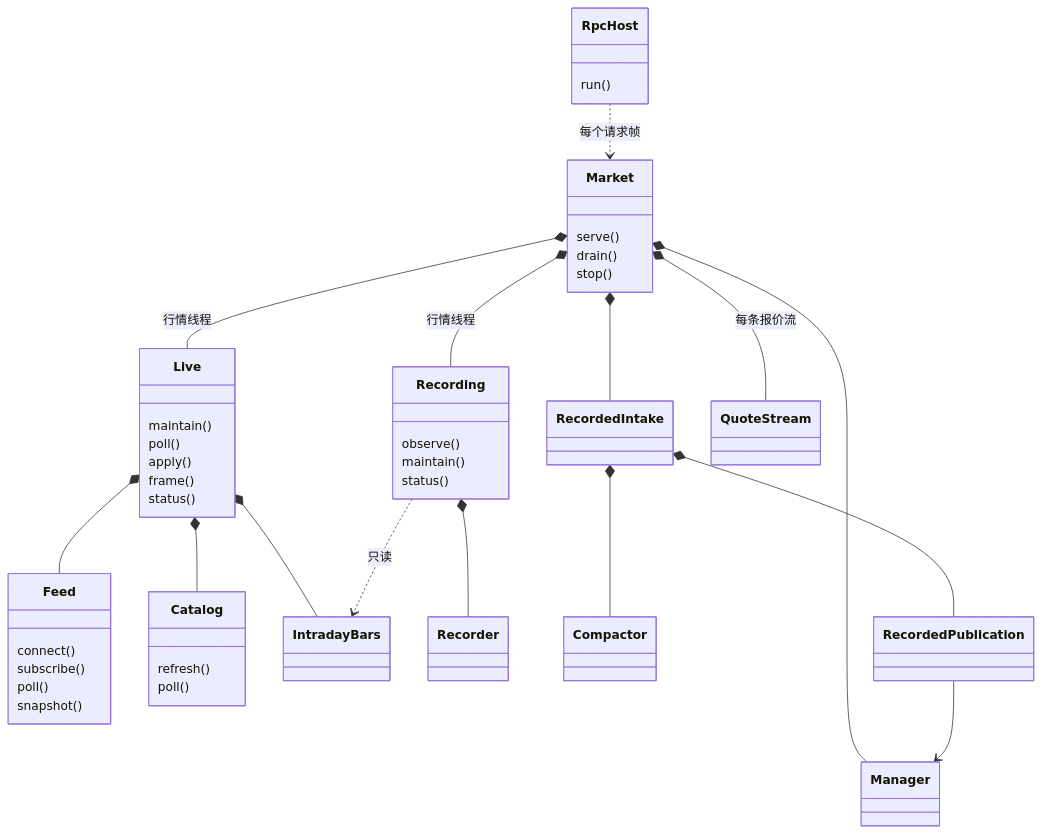
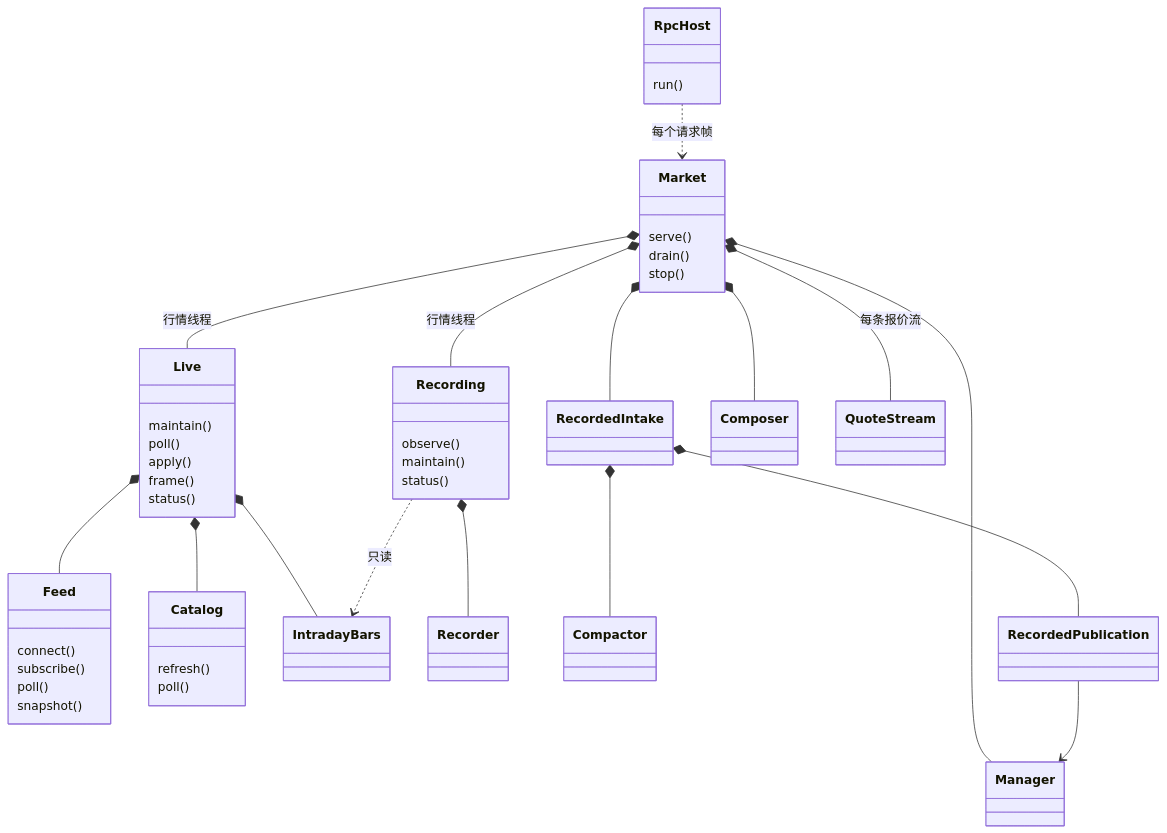
The second of 5 diagrams in docs/market/architecture.md (isqiwen/asterion-terminal), drawn with Mermaid before and after one commit. The commit also changed other lines of this file and 12 other files, not shown here.

````diff
--- a/docs/market/architecture.md
+++ b/docs/market/architecture.md
@@ -40,54 +40,56 @@
 ```mermaid
 classDiagram
     class RpcHost {
         run()
     }
     class Market {
         serve()
         drain()
         stop()
     }
     class Live {
         maintain()
         poll()
         apply()
         frame()
         status()
     }
     class Recording {
         observe()
         maintain()
         status()
     }
     class Feed {
         connect()
         subscribe()
         poll()
         snapshot()
     }
     class Catalog {
         refresh()
         poll()
     }
     class IntradayBars
     class Recorder
     class RecordedIntake
+    class Composer
     class Compactor
     class RecordedPublication
     class Manager
     class QuoteStream
     RpcHost ..> Market : 每个请求帧
     Market *-- Live : 行情线程
     Market *-- Recording : 行情线程
     Market *-- Manager
     Market *-- RecordedIntake
+    Market *-- Composer
     Market *-- QuoteStream : 每条报价流
     Live *-- Feed
     Live *-- Catalog
     Live *-- IntradayBars
     Recording *-- Recorder
     Recording ..> IntradayBars : 只读
     RecordedIntake *-- Compactor
     RecordedIntake *-- RecordedPublication
     RecordedPublication --> Manager
 ```
````
